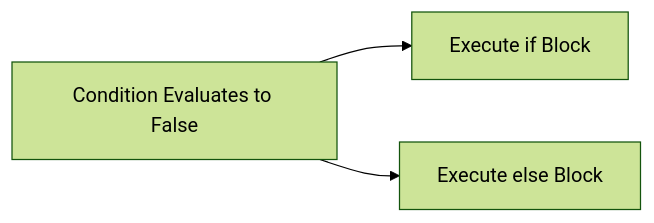
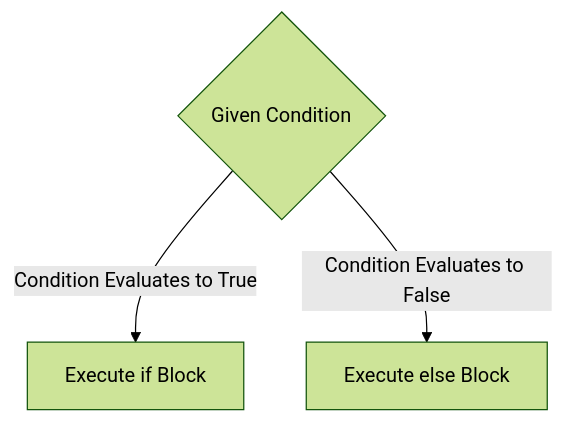
The fourth of 5 diagrams in module1.md (sounddrill31/course-notes-python), drawn with Mermaid (forest theme) before and after one commit. The commit also changed other lines of this file, not shown here.

````diff
--- a/module1.md
+++ b/module1.md
@@ -1030,5 +1030,5 @@
 ```mermaid
-graph LR
-    A[Condition Evaluates to True] --> B[Execute if Block]
-    A[Condition Evaluates to False] --> C[Execute else Block]
+graph TD
+    A{Given Condition} --Condition Evaluates to True--> B[Execute if Block]
+    A{Given Condition} --Condition Evaluates to False--> C[Execute else Block]
 ```
````
